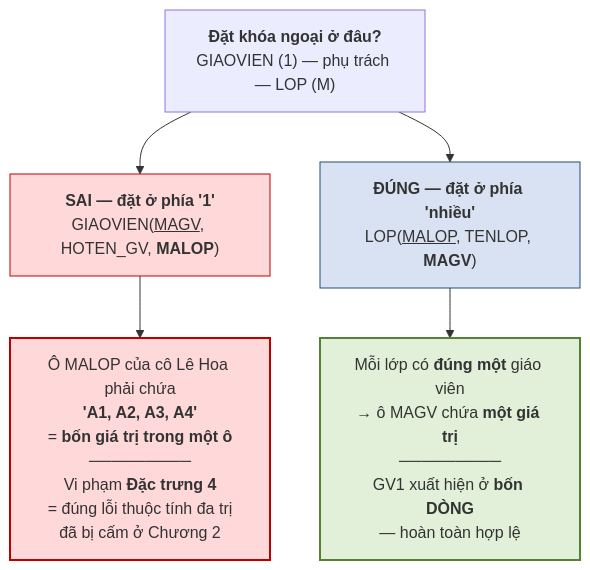
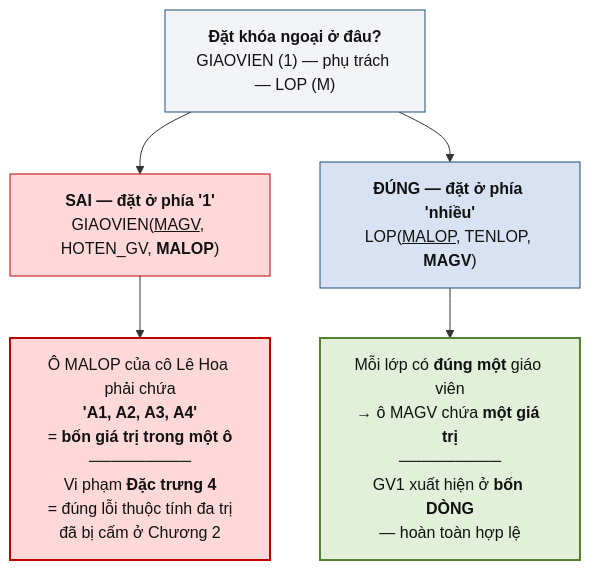
Before and after one commit to CuongNguyenDAU/csdl-dbs201: the diagram in docs/chuong-3/3-4-bon-quy-tac-anh-xa-er-sang-mo-hinh-quan-he.md, drawn with Mermaid. The commit also changed other lines of this file and 123 other files, not shown here.

Commit message:
Cập nhật bài giảng v7: sơ đồ ER ký pháp Chen, hình minh họa tự vẽ, mở rộng toàn diện Chương 5 và bổ sung lời giải A4, B5

````diff
--- a/docs/chuong-3/3-4-bon-quy-tac-anh-xa-er-sang-mo-hinh-quan-he.md
+++ b/docs/chuong-3/3-4-bon-quy-tac-anh-xa-er-sang-mo-hinh-quan-he.md
@@ -93,12 +40,13 @@
 ```mermaid
 flowchart TB
     Q["<b>Đặt khóa ngoại ở đâu?</b><br/>GIAOVIEN (1) — phụ trách — LOP (M)"]
     Q --> W["<b>SAI — đặt ở phía '1'</b><br/>GIAOVIEN(<u>MAGV</u>, HOTEN_GV, <b>MALOP</b>)"]
     Q --> R["<b>ĐÚNG — đặt ở phía 'nhiều'</b><br/>LOP(<u>MALOP</u>, TENLOP, <b>MAGV</b>)"]
     W --> W2["Ô MALOP của cô Lê Hoa phải chứa<br/><b>'A1, A2, A3, A4'</b><br/>= <b>bốn giá trị trong một ô</b><br/>─────────<br/>Vi phạm <b>Đặc trưng 4</b><br/>= đúng lỗi thuộc tính đa trị<br/>đã bị cấm ở Chương 2"]
     R --> R2["Mỗi lớp có <b>đúng một</b> giáo viên<br/>→ ô MAGV chứa <b>một giá trị</b><br/>─────────<br/>GV1 xuất hiện ở <b>bốn DÒNG</b><br/>— hoàn toàn hợp lệ"]
-    style W fill:#FFD9D9,stroke:#C00000
-    style W2 fill:#FFD9D9,stroke:#C00000,stroke-width:2px
-    style R fill:#D9E2F3,stroke:#1F4E79
-    style R2 fill:#E2F0D9,stroke:#548235,stroke-width:2px
+    style Q fill:#F2F4F8,stroke:#1F4E79,color:#111111
+    style W fill:#FFD9D9,stroke:#C00000,color:#111111
+    style W2 fill:#FFD9D9,stroke:#C00000,stroke-width:2px,color:#111111
+    style R fill:#D9E2F3,stroke:#1F4E79,color:#111111
+    style R2 fill:#E2F0D9,stroke:#548235,stroke-width:2px,color:#111111
 ```
````
